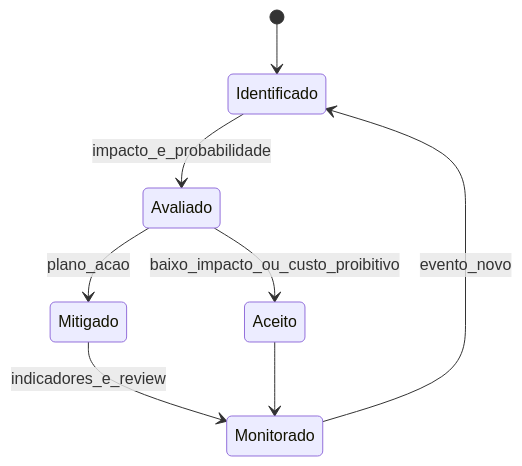
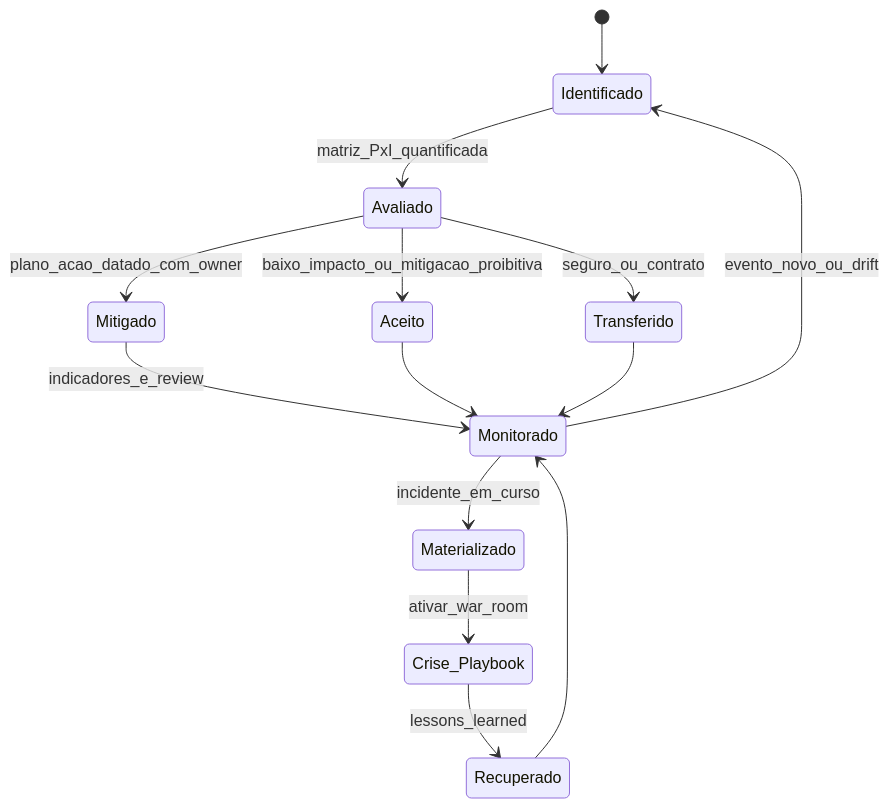
The second of 3 diagrams in aulas/trilha-logistica-estrategica/modulo-02-procurement-strategic-sourcing/aula-03-risco-fornecimento-esg-geopolitica.md (cleberhensel/logisticon-academy), drawn with Mermaid before and after one commit. The commit also changed other lines of this file and 122 other files, not shown here.

````diff
--- a/aulas/trilha-logistica-estrategica/modulo-02-procurement-strategic-sourcing/aula-03-risco-fornecimento-esg-geopolitica.md
+++ b/aulas/trilha-logistica-estrategica/modulo-02-procurement-strategic-sourcing/aula-03-risco-fornecimento-esg-geopolitica.md
@@ -47,10 +119,16 @@
 ```mermaid
 stateDiagram-v2
   [*] --> Identificado
-  Identificado --> Avaliado: impacto_e_probabilidade
-  Avaliado --> Mitigado: plano_acao
-  Avaliado --> Aceito: baixo_impacto_ou_custo_proibitivo
+  Identificado --> Avaliado: matriz_PxI_quantificada
+  Avaliado --> Aceito: baixo_impacto_ou_mitigacao_proibitiva
+  Avaliado --> Mitigado: plano_acao_datado_com_owner
+  Avaliado --> Transferido: seguro_ou_contrato
   Mitigado --> Monitorado: indicadores_e_review
   Aceito --> Monitorado
-  Monitorado --> Identificado: evento_novo
+  Transferido --> Monitorado
+  Monitorado --> Identificado: evento_novo_ou_drift
+  Monitorado --> Materializado: incidente_em_curso
+  Materializado --> Crise_Playbook: ativar_war_room
+  Crise_Playbook --> Recuperado: lessons_learned
+  Recuperado --> Monitorado
 ```
````
